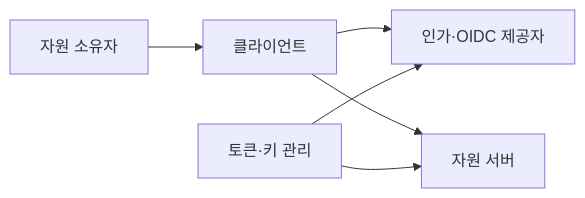
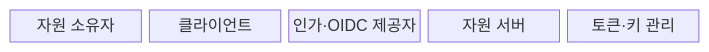
One commit to agnusdei1207/knowledge-base changed the first of 2 diagrams in src/content/docs/notes/05-security/057_oauth_oidc.md. Above: the diagram before and after it, drawn with Mermaid. The commit also changed other lines of this file and 11 other files, not shown here.

````diff
--- a/src/content/docs/notes/05-security/057_oauth_oidc.md
+++ b/src/content/docs/notes/05-security/057_oauth_oidc.md
@@ -61,8 +63,9 @@
 ```mermaid
-flowchart LR
-    A[자원 소유자] --> B[클라이언트]
-    B --> C[인가·OIDC 제공자]
-    B --> D[자원 서버]
-    E[토큰·키 관리] --> C
-    E --> D
+block-beta
+  columns 5
+  A["자원 소유자"]
+  B["클라이언트"]
+  C["인가·OIDC 제공자"]
+  D["자원 서버"]
+  E["토큰·키 관리"]
 ```
````
